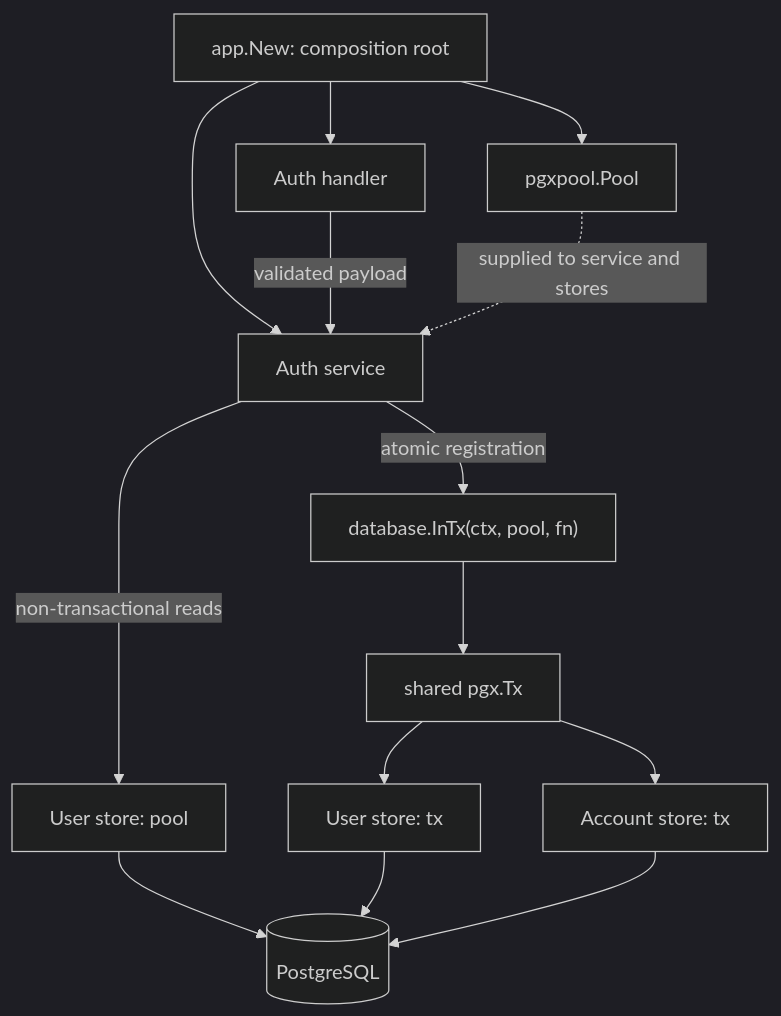
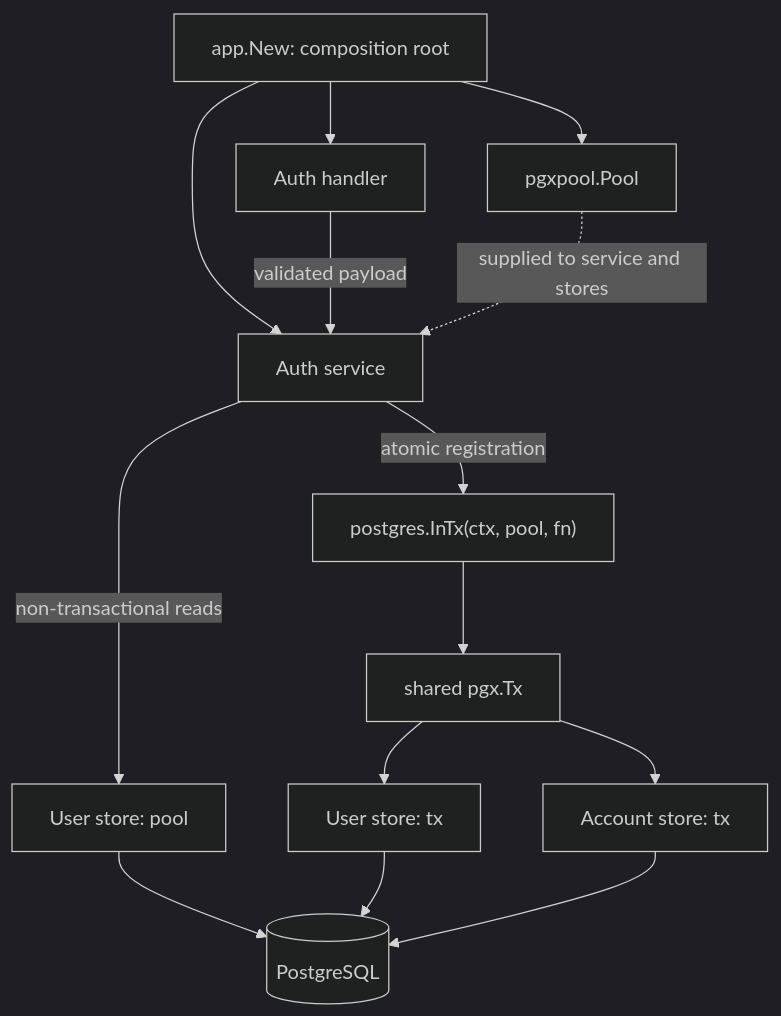
The first of 2 diagrams in backend/docs/architecture.md (has-bii/mini-core-banking-ledger), drawn with Mermaid (dark theme) before and after one commit. The commit also changed other lines of this file and 25 other files, not shown here.

````diff
--- a/backend/docs/architecture.md
+++ b/backend/docs/architecture.md
@@ -46,16 +63,16 @@
 ```mermaid
 flowchart TD
     App["app.New: composition root"] --> Handler["Auth handler"]
     App --> Service["Auth service"]
     App --> Pool["pgxpool.Pool"]
     Handler -->|"validated payload"| Service
     Service -->|"non-transactional reads"| ReadStore["User store: pool"]
-    Service -->|"atomic registration"| InTx["database.InTx(ctx, pool, fn)"]
+    Service -->|"atomic registration"| InTx["postgres.InTx(ctx, pool, fn)"]
     Pool -.->|"supplied to service and stores"| Service
     InTx --> Tx["shared pgx.Tx"]
     Tx --> UserStore["User store: tx"]
     Tx --> AccountStore["Account store: tx"]
     ReadStore --> DB[(PostgreSQL)]
     UserStore --> DB
     AccountStore --> DB
 ```
````
